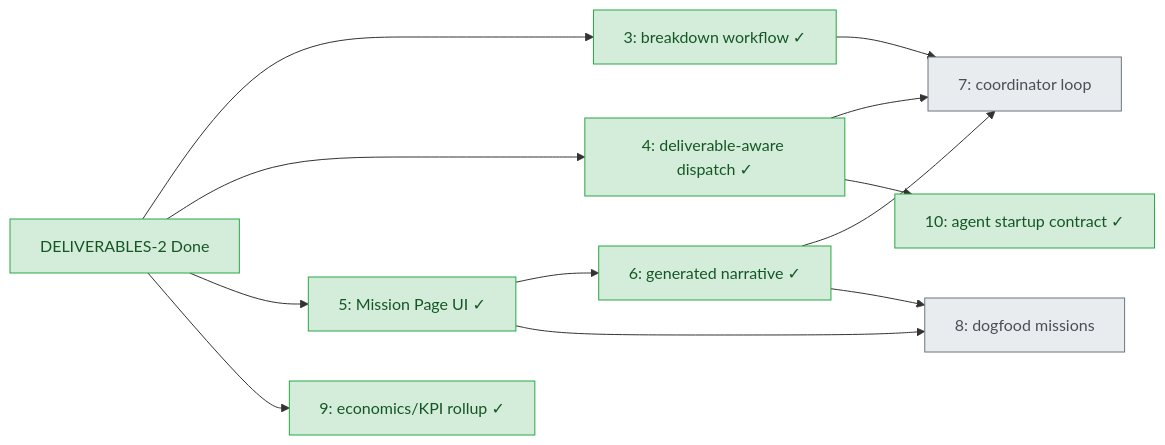
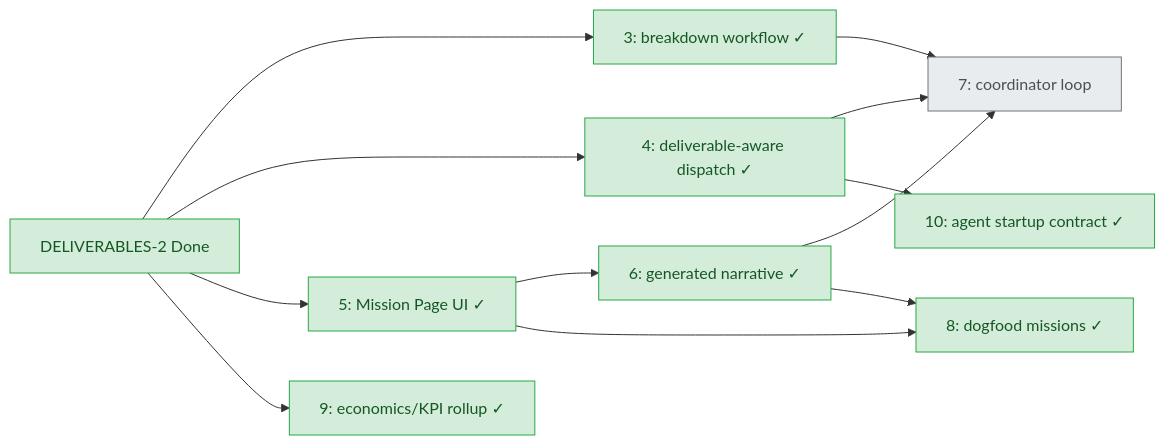
Before and after one commit to 6th-Element-Labs/projectplanner-ci: the diagram in docs/DELIVERABLES-MISSION-MODEL.md, drawn with Mermaid. The commit also changed other lines of this file and 4 other files, not shown here.

````diff
--- a/docs/DELIVERABLES-MISSION-MODEL.md
+++ b/docs/DELIVERABLES-MISSION-MODEL.md
@@ -198,21 +215,21 @@
 ```mermaid
 flowchart LR
   D2[DELIVERABLES-2 Done] --> D3[3: breakdown workflow ✓]
   D2 --> D4[4: deliverable-aware dispatch ✓]
   D2 --> D5[5: Mission Page UI ✓]
   D5 --> D6[6: generated narrative ✓]
   D3 --> D7[7: coordinator loop]
   D4 --> D7
   D6 --> D7
-  D5 --> D8[8: dogfood missions]
+  D5 --> D8[8: dogfood missions ✓]
   D6 --> D8
   D2 --> D9[9: economics/KPI rollup ✓]
   D4 --> D10[10: agent startup contract ✓]
 
   classDef done fill:#d4edda,stroke:#28a745,color:#155724
   classDef review fill:#fff3cd,stroke:#ffc107,color:#856404
   classDef todo fill:#e9ecef,stroke:#6c757d,color:#495057
 
-  class D2,D3,D4,D5,D6,D9,D10 done
-  class D7,D8 todo
+  class D2,D3,D4,D5,D6,D8,D9,D10 done
+  class D7 todo
 ```
````
